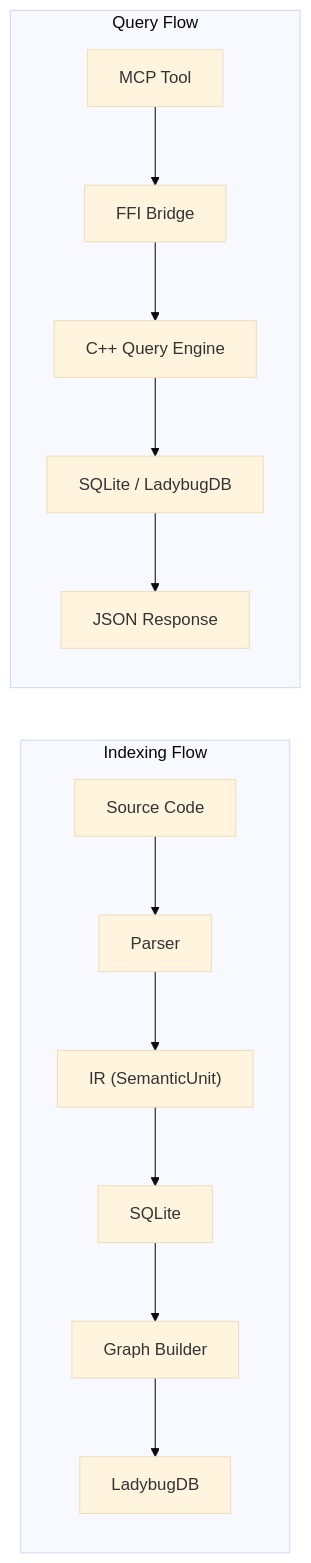
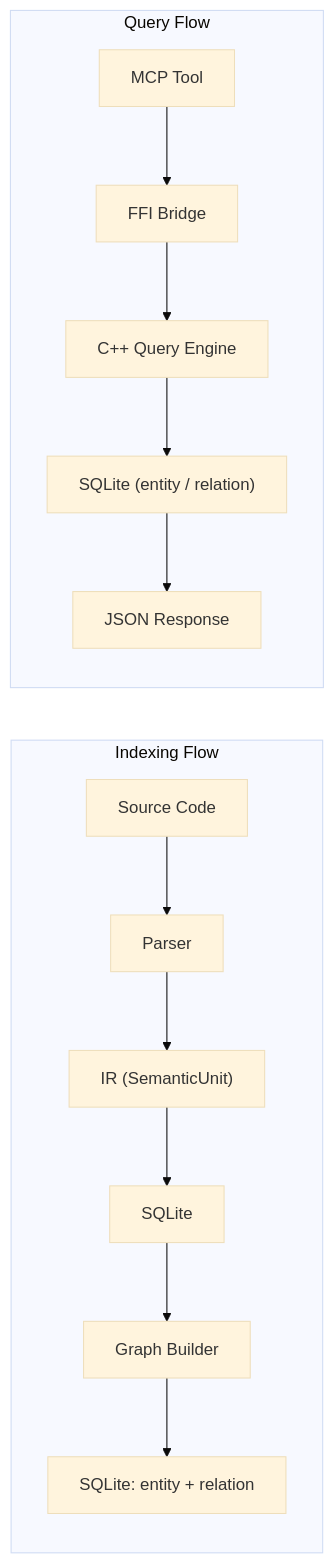
One commit to Timwood0x10/CodeScope changed the second of 12 diagrams in docs/en/technical_breakdown.md. Above: the diagram before and after it, drawn with Mermaid (base theme). The commit also changed other lines of this file and 37 other files, not shown here.

````diff
--- a/docs/en/technical_breakdown.md
+++ b/docs/en/technical_breakdown.md
@@ -75,17 +73,17 @@
 ```mermaid
 flowchart LR
     subgraph "Indexing Flow"
         A["Source Code"] --> B["Parser"]
         B --> C["IR (SemanticUnit)"]
         C --> D["SQLite"]
         D --> E["Graph Builder"]
-        E --> F["LadybugDB"]
+        E --> F["SQLite: entity + relation"]
     end
 
     subgraph "Query Flow"
         G["MCP Tool"] --> H["FFI Bridge"]
         H --> I["C++ Query Engine"]
-        I --> J["SQLite / LadybugDB"]
+        I --> J["SQLite (entity / relation)"]
         J --> K["JSON Response"]
     end
 ```
````
